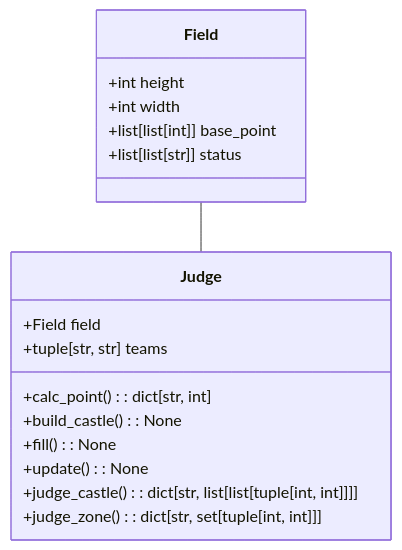
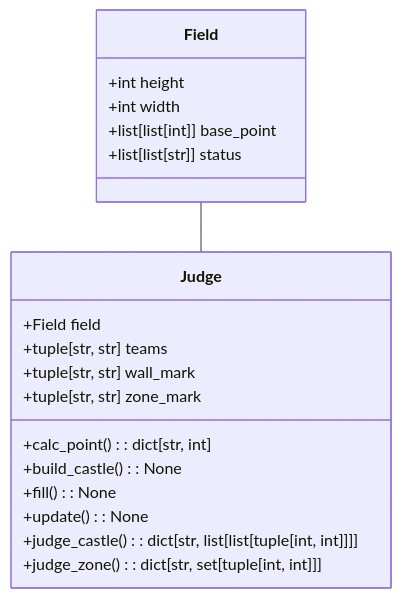
One commit to nanigasi-san/procon-31-judge-server changed the diagram in docs/judge/class.mermaid. Above: the diagram before and after it, drawn with Mermaid. The commit also changed 1 other file, not shown here.

```diff
--- a/docs/judge/class.mermaid
+++ b/docs/judge/class.mermaid
@@ -1,18 +1,20 @@
 classDiagram
     Field -- Judge
     class Field {
         +int height
         +int width
         +list[list[int]] base_point
         +list[list[str]] status
     }
     class Judge {
         +Field field
         +tuple[str, str] teams
+        +tuple[str, str] wall_mark
+        +tuple[str, str] zone_mark
         +calc_point(): dict[str, int]
         +build_castle(): None
         +fill(): None
         +update(): None
         +judge_castle(): dict[str, list[list[tuple[int, int]]]]
         +judge_zone(): dict[str, set[tuple[int, int]]]
     }
```
